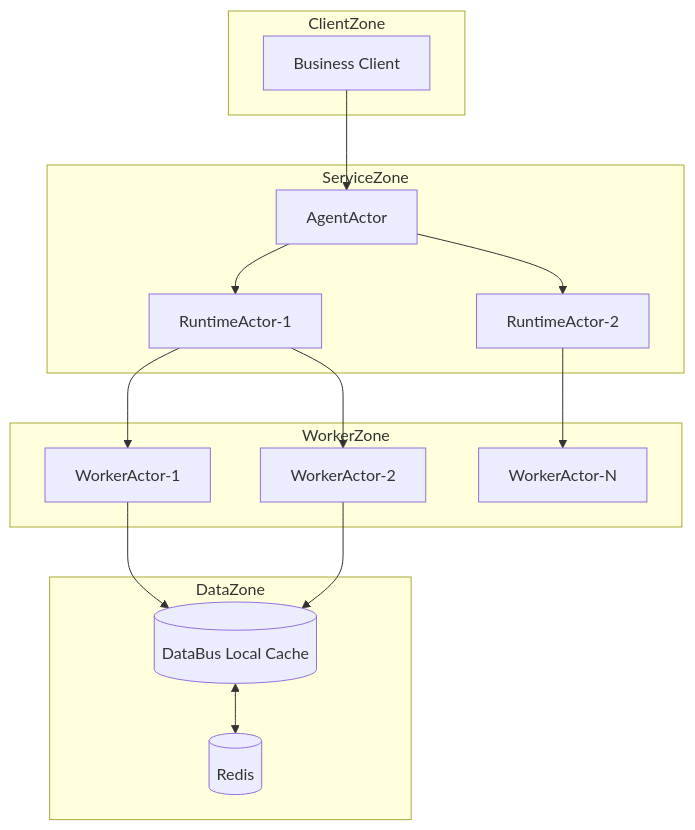
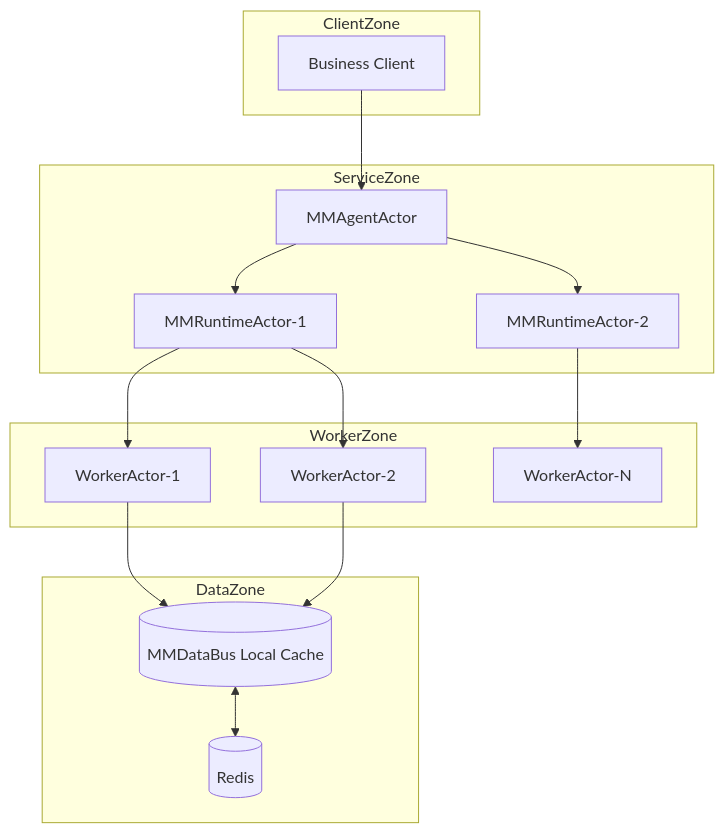
Diagram 14 of 14 in docs/ARCHITECTURE.md (xyz11274/agentf), drawn with Mermaid before and after one commit. The commit also changed other lines of this file and 106 other files, not shown here.

````diff
--- a/docs/ARCHITECTURE.md
+++ b/docs/ARCHITECTURE.md
@@ -605,33 +605,33 @@
 ```mermaid
 graph TB
     subgraph ClientZone
       C[Business Client]
     end
 
     subgraph ServiceZone
-      A1[AgentActor]
-      R1[RuntimeActor-1]
-      R2[RuntimeActor-2]
+      A1[MMAgentActor]
+      R1[MMRuntimeActor-1]
+      R2[MMRuntimeActor-2]
     end
 
     subgraph WorkerZone
       W1[WorkerActor-1]
       W2[WorkerActor-2]
       WN[WorkerActor-N]
     end
 
     subgraph DataZone
-      D1[(DataBus Local Cache)]
+      D1[(MMDataBus Local Cache)]
       D2[(Redis)]
     end
 
     C --> A1
     A1 --> R1
     A1 --> R2
     R1 --> W1
     R1 --> W2
     R2 --> WN
     W1 --> D1
     W2 --> D1
     D1 <--> D2
 ```
````
